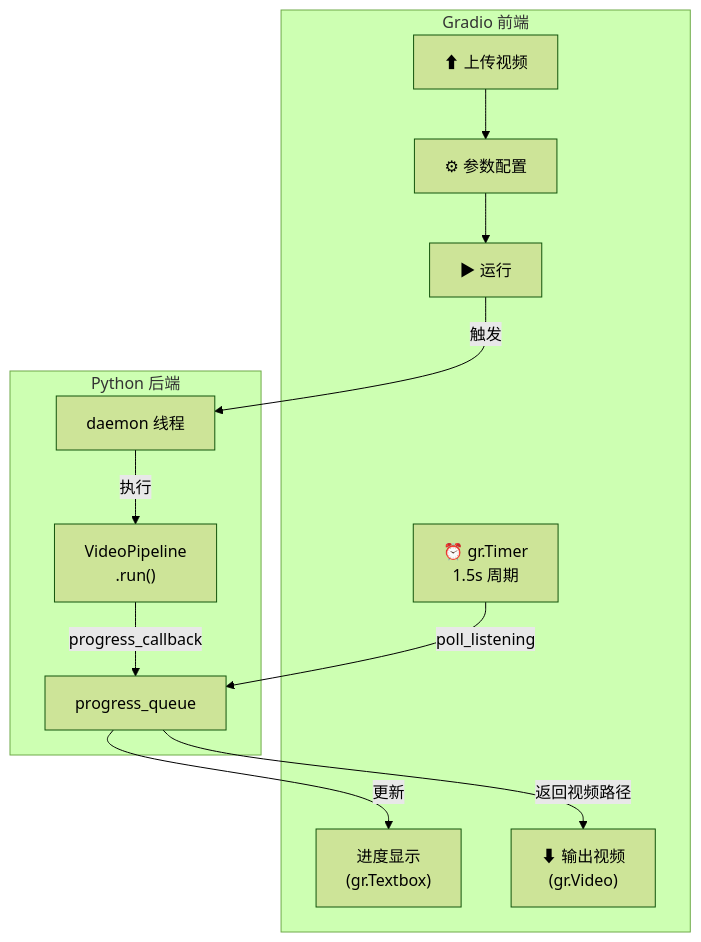
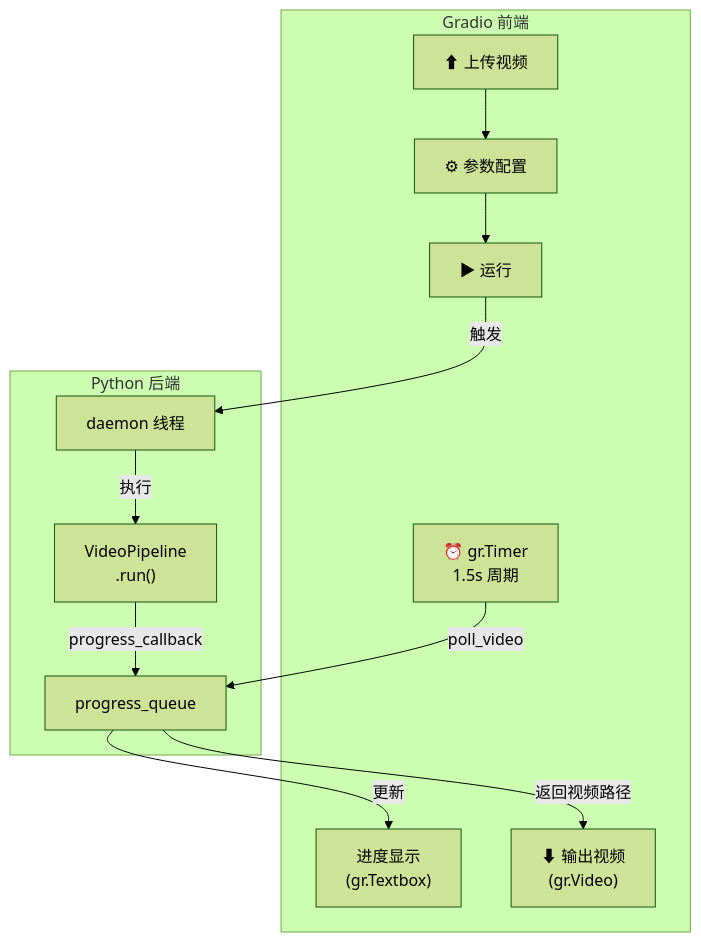
One commit to chy5301/semantic-transmission changed the second of 5 diagrams in docs/gui-design.md. Above: the diagram before and after it, drawn with Mermaid (forest theme). The commit also changed 3 other files, not shown here.

````diff
--- a/docs/gui-design.md
+++ b/docs/gui-design.md
@@ -132,26 +132,26 @@
 ```mermaid
 graph TB
     subgraph UI["Gradio 前端"]
         upload["⬆ 上传视频"]
         config["⚙ 参数配置"]
         run_btn["▶ 运行"]
         progress["进度显示<br/>(gr.Textbox)"]
         output["⬇ 输出视频<br/>(gr.Video)"]
         timer["⏰ gr.Timer<br/>1.5s 周期"]
     end
 
     subgraph Backend["Python 后端"]
         thread["daemon 线程"]
         pipe["VideoPipeline<br/>.run()"]
         queue["progress_queue"]
     end
 
     upload --> config
     config --> run_btn
     run_btn -->|触发| thread
     pipe -->|progress_callback| queue
     thread -->|执行| pipe
-    timer -->|poll_listening| queue
+    timer -->|poll_video| queue
     queue -->|更新| progress
     queue -->|返回视频路径| output
 ```
````
